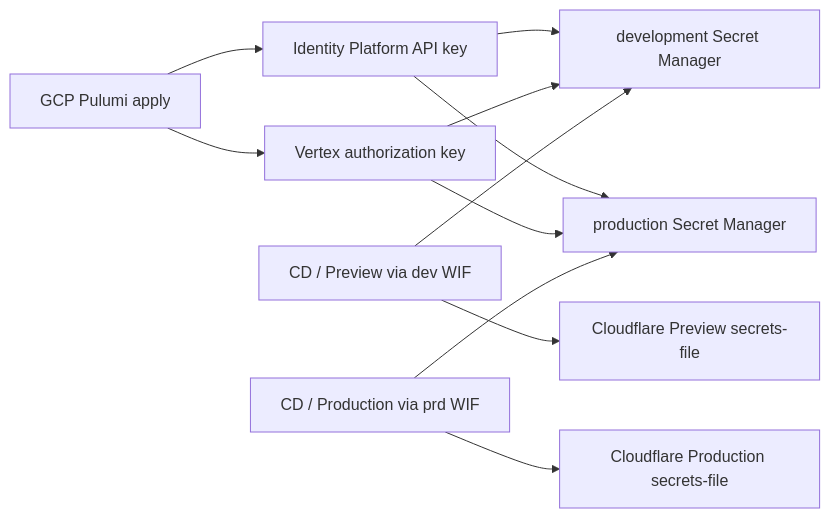
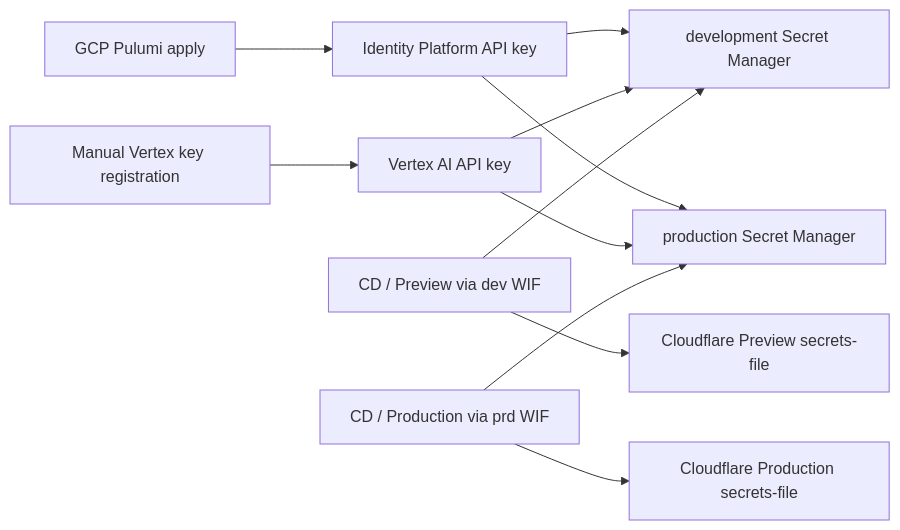
The second of 2 diagrams in infra/gcp-platform/README.md (kkyosuke/me-builder), drawn with Mermaid before and after one commit. The commit also changed other lines of this file and 10 other files, not shown here.

````diff
--- a/infra/gcp-platform/README.md
+++ b/infra/gcp-platform/README.md
@@ -194,13 +170,13 @@
 ```mermaid
 flowchart LR
     Pulumi["GCP Pulumi apply"] --> Identity["Identity Platform API key"]
-    Pulumi --> Vertex["Vertex authorization key"]
+    Manual["Manual Vertex key registration"] --> Vertex["Vertex AI API key"]
     Identity --> DevSecret["development Secret Manager"]
     Vertex --> DevSecret
     Identity --> PrdSecret["production Secret Manager"]
     Vertex --> PrdSecret
     DevCD["CD / Preview via dev WIF"] --> DevSecret
     PrdCD["CD / Production via prd WIF"] --> PrdSecret
     DevCD --> CloudflareDev["Cloudflare Preview secrets-file"]
     PrdCD --> CloudflarePrd["Cloudflare Production secrets-file"]
 ```
````
